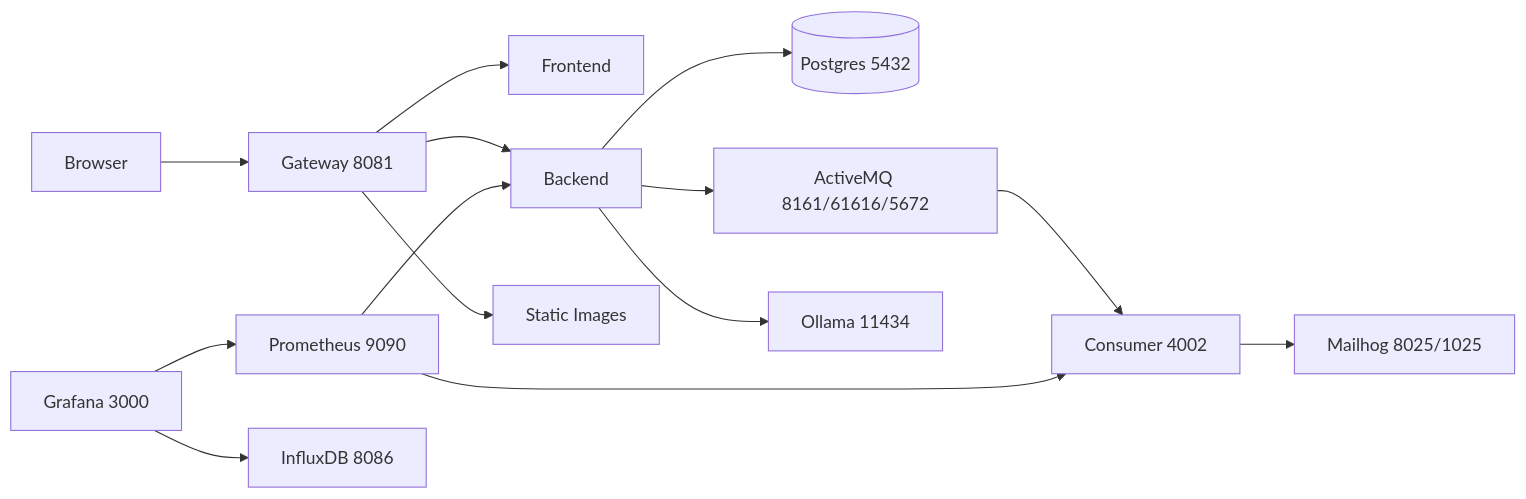
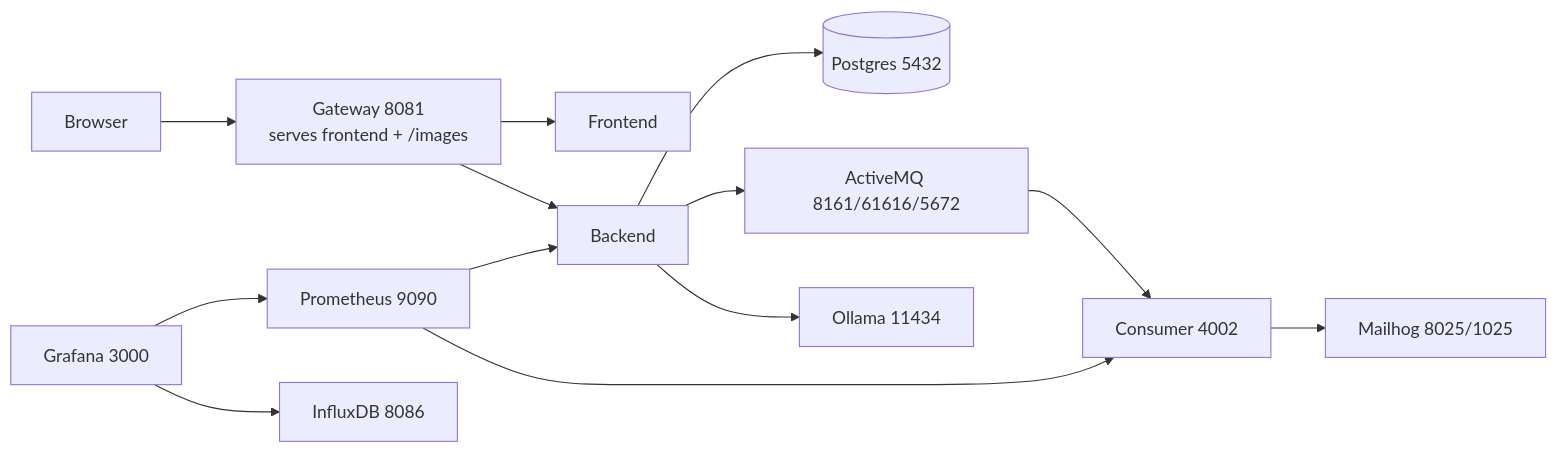
Before and after one commit to slawekradzyminski/awesome-localstack: the second of 3 diagrams in PROFILE_URLS.md, drawn with Mermaid. The commit also changed other lines of this file and 2 other files, not shown here.

````diff
--- a/PROFILE_URLS.md
+++ b/PROFILE_URLS.md
@@ -49,16 +48,15 @@
 ```mermaid
 flowchart LR
-    U[Browser] --> G[Gateway 8081]
+    U[Browser] --> G[Gateway 8081<br/>serves frontend + /images]
     G --> F[Frontend]
     G --> B[Backend]
-    G --> S[Static Images]
     B --> DB[(Postgres 5432)]
     B --> MQ[ActiveMQ 8161/61616/5672]
     MQ --> C[Consumer 4002]
     C --> M[Mailhog 8025/1025]
     B --> O[Ollama 11434]
     P[Prometheus 9090] --> B
     P --> C
     GR[Grafana 3000] --> P
     GR --> I[InfluxDB 8086]
 ```
````
